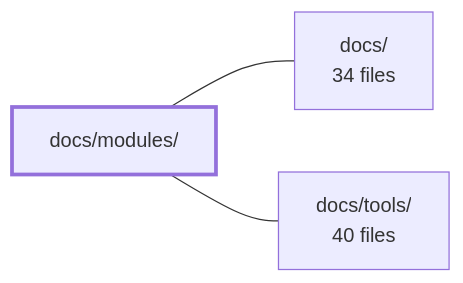
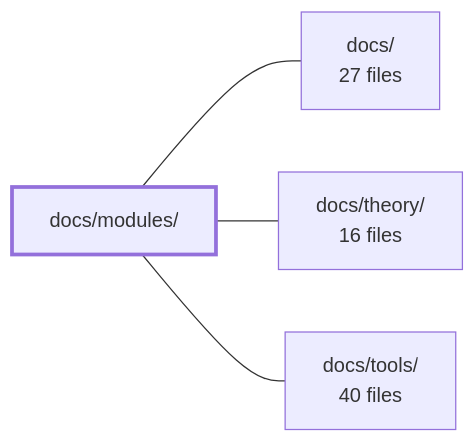
One commit to Guebbit/boilerplate-node-backend changed the diagram in .2repo/modules/boilerplate-node-backend_docs_modules.md. Above: the diagram before and after it, drawn with Mermaid. The commit also changed other lines of this file and 302 other files, not shown here.

First line of the commit message:
chore(2repo): refresh repo context, wiki, and architecture snapshots

````diff
--- a/.2repo/modules/boilerplate-node-backend_docs_modules.md
+++ b/.2repo/modules/boilerplate-node-backend_docs_modules.md
@@ -37,9 +51,11 @@
 ```mermaid
 flowchart LR
     m_docs_modules["docs/modules/"]
-    m_docs["docs/<br/>34 files"]
+    m_docs["docs/<br/>27 files"]
+    m_docs_theory["docs/theory/<br/>16 files"]
     m_docs_tools["docs/tools/<br/>40 files"]
     m_docs_modules --- m_docs
+    m_docs_modules --- m_docs_theory
     m_docs_modules --- m_docs_tools
     style m_docs_modules stroke-width:3px
 ```
````
